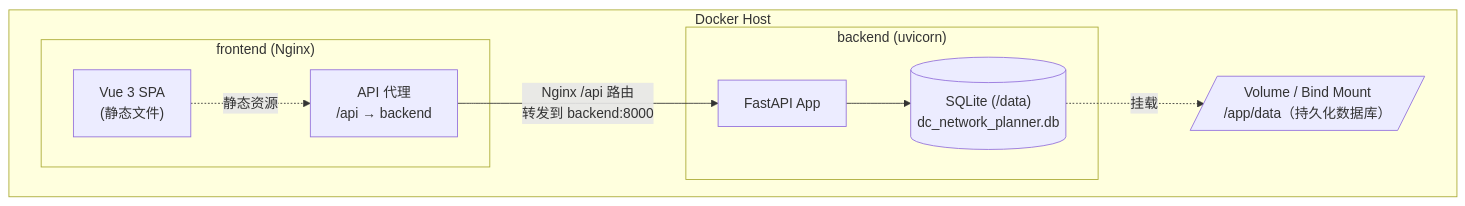
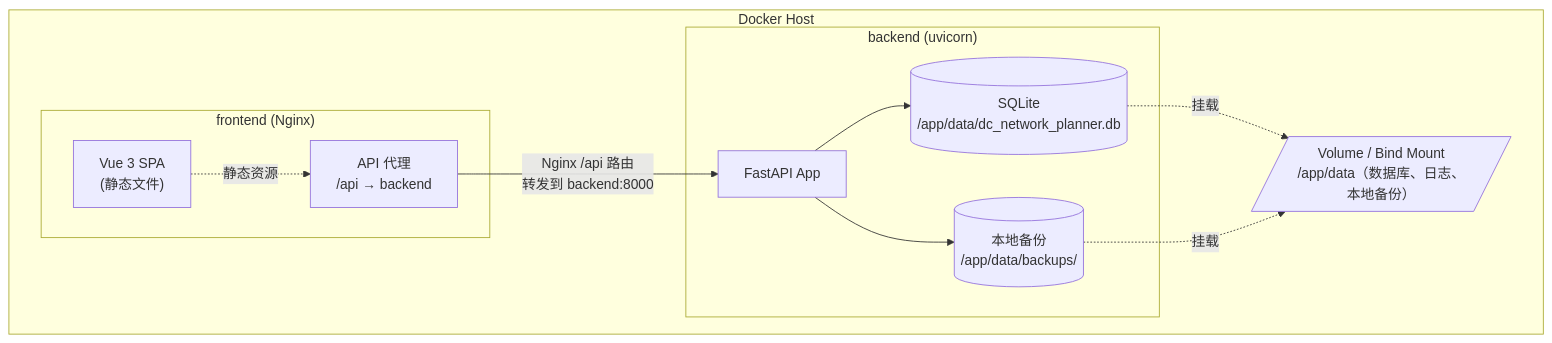
The fourth of 5 diagrams in SYSTEM_DESIGN.md (zhou-xingxing/dc-network-planner), drawn with Mermaid before and after one commit. The commit also changed other lines of this file and 7 other files, not shown here.

````diff
--- a/SYSTEM_DESIGN.md
+++ b/SYSTEM_DESIGN.md
@@ -960,21 +964,24 @@
 ```mermaid
 graph TB
     subgraph Host["Docker Host"]
         subgraph FE["frontend (Nginx)"]
             SPA["Vue 3 SPA<br/>(静态文件)"]
             ProxyAPI["API 代理<br/>/api → backend"]
         end
 
         subgraph BE["backend (uvicorn)"]
             App["FastAPI App"]
-            DB[("SQLite (/data)<br/>dc_network_planner.db")]
+            DB[("SQLite<br/>/app/data/dc_network_planner.db")]
+            LocalBackups[("本地备份<br/>/app/data/backups/")]
             App --> DB
+            App --> LocalBackups
         end
 
-        Vol[/"Volume / Bind Mount<br/>/app/data（持久化数据库）"/]
+        Vol[/"Volume / Bind Mount<br/>/app/data（数据库、日志、本地备份）"/]
     end
 
     SPA -.静态资源.-> ProxyAPI
     ProxyAPI -->|Nginx /api 路由<br/>转发到 backend:8000| App
     DB -.挂载.-> Vol
+    LocalBackups -.挂载.-> Vol
 ```
````
